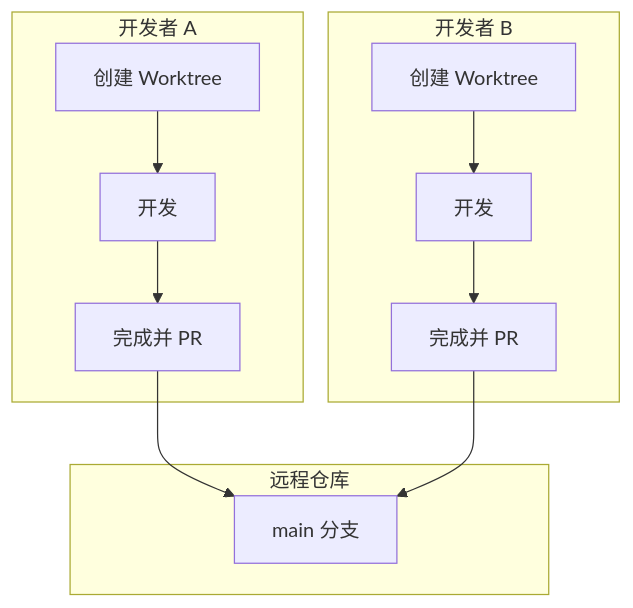
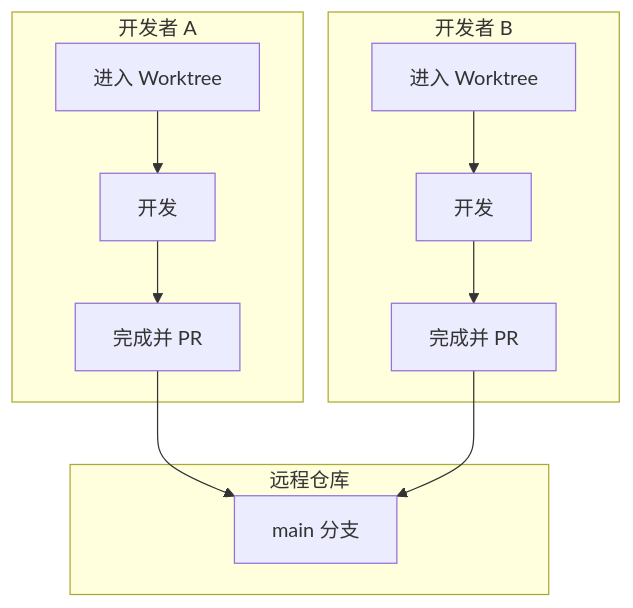
The ninth of 9 diagrams in docs-site/content/zh/worktree/faq.md (modu-ai/moai-adk), drawn with Mermaid before and after one commit. The commit also changed other lines of this file and 35 other files, not shown here.

````diff
--- a/docs-site/content/zh/worktree/faq.md
+++ b/docs-site/content/zh/worktree/faq.md
@@ -486,21 +555,21 @@
 ```mermaid
 graph TB
     subgraph DevA["开发者 A"]
-        A1[创建 Worktree]
+        A1[进入 Worktree]
         A2[开发]
         A3[完成并 PR]
     end
 
     subgraph DevB["开发者 B"]
-        B1[创建 Worktree]
+        B1[进入 Worktree]
         B2[开发]
         B3[完成并 PR]
     end
 
     subgraph Remote["远程仓库"]
         R[main 分支]
     end
 
     A1 --> A2 --> A3 --> R
     B1 --> B2 --> B3 --> R
 ```
````
